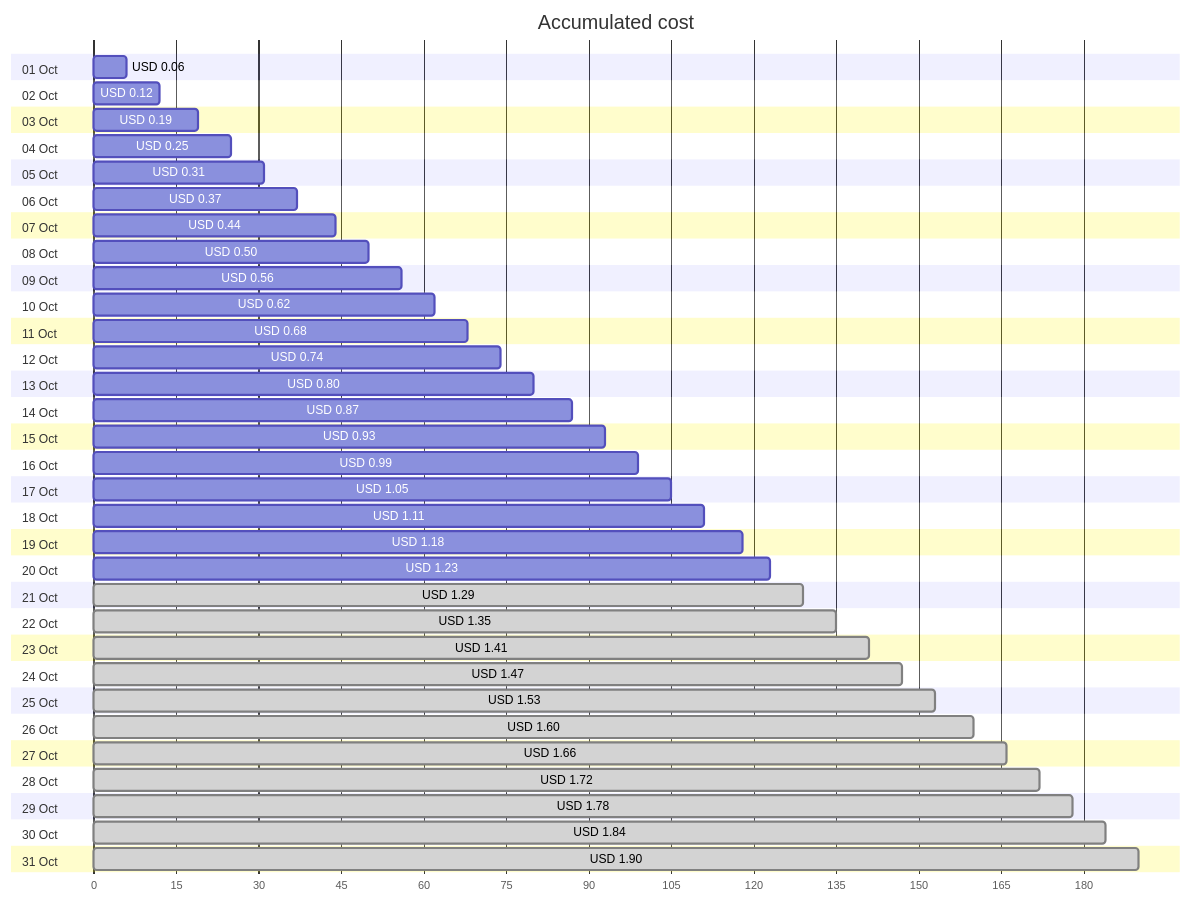
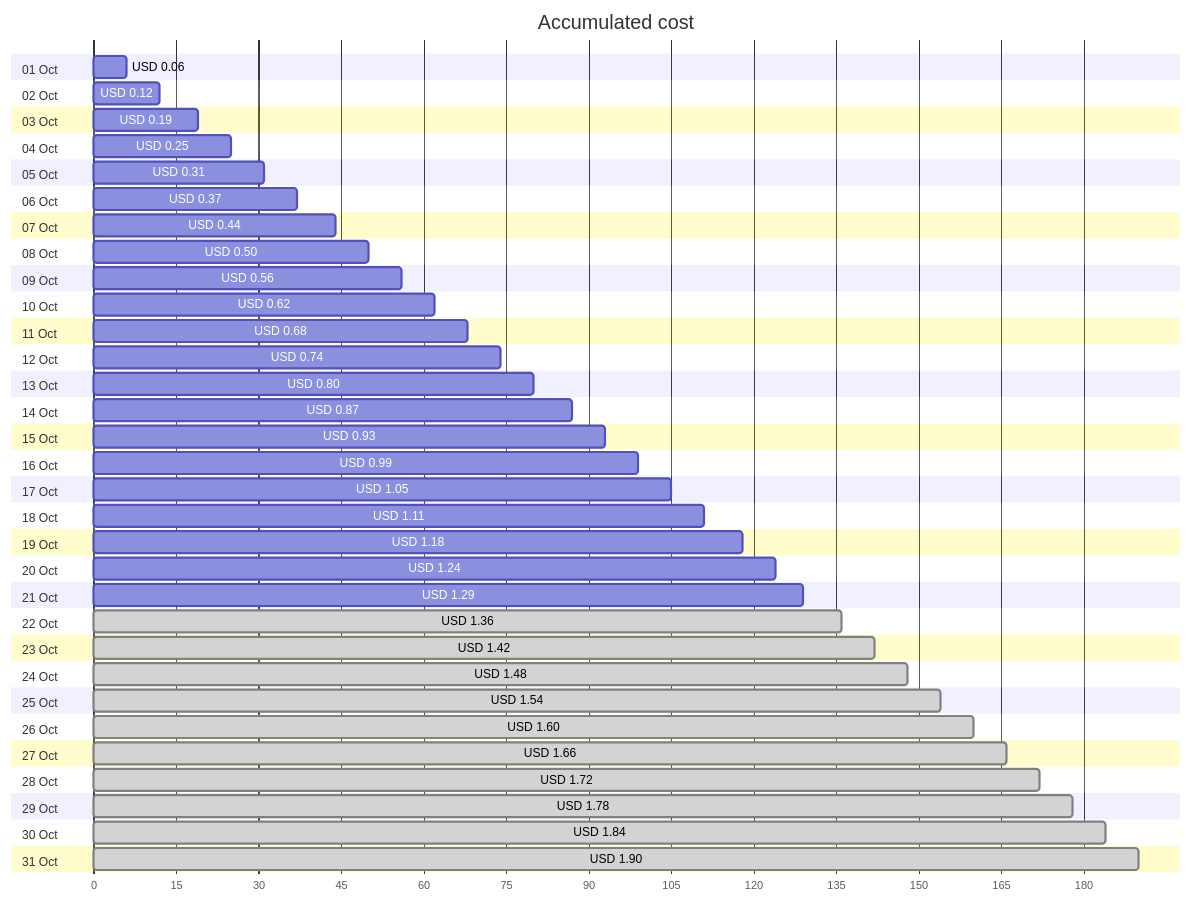
One commit to jpfulton/azure-personal-reports changed the first of 4 diagrams in cost-reports/personal-network/vpn-server_OsDisk.md. Above: the diagram before and after it, drawn with Mermaid. The commit also changed other lines of this file and 8 other files, not shown here.

````diff
--- a/cost-reports/personal-network/vpn-server_OsDisk.md
+++ b/cost-reports/personal-network/vpn-server_OsDisk.md
@@ -20,68 +20,68 @@
 ```mermaid
 gantt
    title Accumulated cost
    dateFormat  X
    axisFormat %s
    section 01 Oct
    USD 0.06 :0, 6
    section 02 Oct
    USD 0.12 :0, 12
    section 03 Oct
    USD 0.19 :0, 19
    section 04 Oct
    USD 0.25 :0, 25
    section 05 Oct
    USD 0.31 :0, 31
    section 06 Oct
    USD 0.37 :0, 37
    section 07 Oct
    USD 0.44 :0, 44
    section 08 Oct
    USD 0.50 :0, 50
    section 09 Oct
    USD 0.56 :0, 56
    section 10 Oct
    USD 0.62 :0, 62
    section 11 Oct
    USD 0.68 :0, 68
    section 12 Oct
    USD 0.74 :0, 74
    section 13 Oct
    USD 0.80 :0, 80
    section 14 Oct
    USD 0.87 :0, 87
    section 15 Oct
    USD 0.93 :0, 93
    section 16 Oct
    USD 0.99 :0, 99
    section 17 Oct
    USD 1.05 :0, 105
    section 18 Oct
    USD 1.11 :0, 111
    section 19 Oct
    USD 1.18 :0, 118
    section 20 Oct
-   USD 1.23 :0, 123
+   USD 1.24 :0, 124
    section 21 Oct
-   USD 1.29 : done, 0, 129
+   USD 1.29 :0, 129
    section 22 Oct
-   USD 1.35 : done, 0, 135
+   USD 1.36 : done, 0, 136
    section 23 Oct
-   USD 1.41 : done, 0, 141
+   USD 1.42 : done, 0, 142
    section 24 Oct
-   USD 1.47 : done, 0, 147
+   USD 1.48 : done, 0, 148
    section 25 Oct
-   USD 1.53 : done, 0, 153
+   USD 1.54 : done, 0, 154
    section 26 Oct
    USD 1.60 : done, 0, 160
    section 27 Oct
    USD 1.66 : done, 0, 166
    section 28 Oct
    USD 1.72 : done, 0, 172
    section 29 Oct
    USD 1.78 : done, 0, 178
    section 30 Oct
    USD 1.84 : done, 0, 184
    section 31 Oct
    USD 1.90 : done, 0, 190
 ```
````
